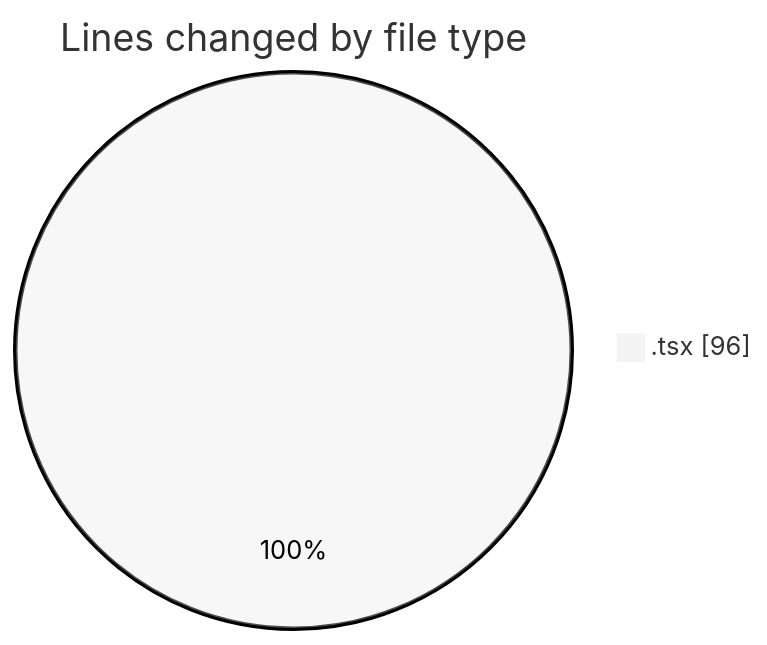
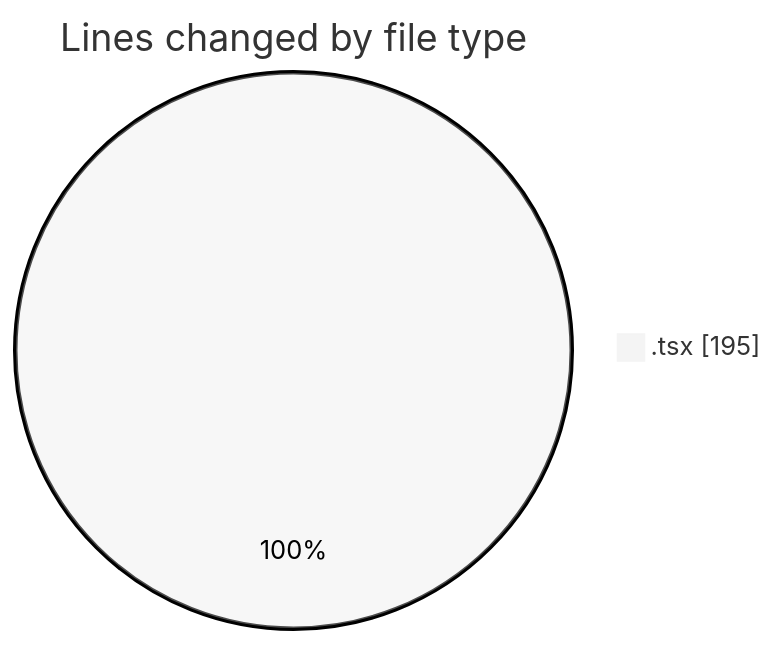
The first of 2 diagrams in 2025-10-16/eventscop-frontend-guide__workspace_/README.md (julien-gomy/code-tracking), drawn with Mermaid (neutral theme) before and after one commit. The commit also changed other lines of this file and 1 other file, not shown here.

````diff
--- a/2025-10-16/eventscop-frontend-guide__workspace_/README.md
+++ b/2025-10-16/eventscop-frontend-guide__workspace_/README.md
@@ -20,5 +21,5 @@
 ```mermaid
 pie showData
 title Lines changed by file type
-".tsx" : 96
+".tsx" : 195
 ```
````
